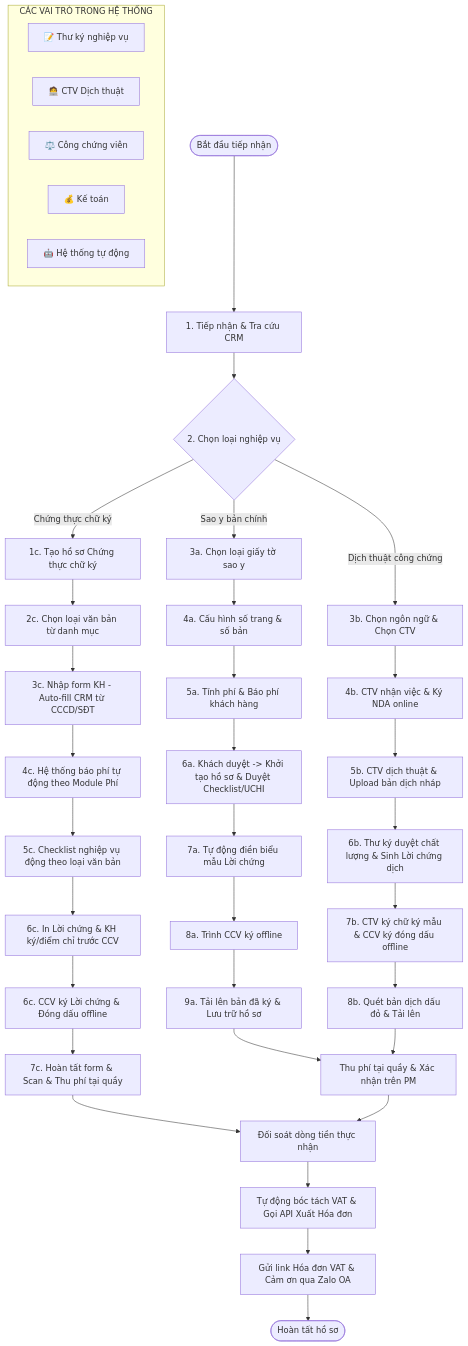
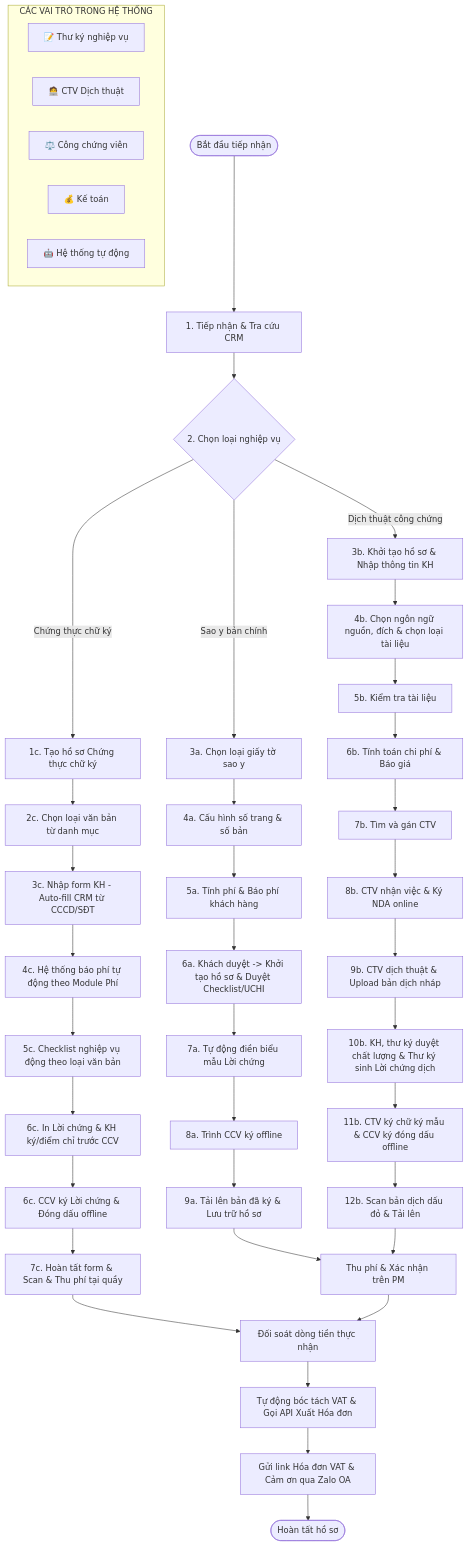
One commit to MinhHoang22/SRS_VPCC changed the eighth of 8 diagrams in docs/SRS_VPCC.md. Above: the diagram before and after it, drawn with Mermaid.

Commit message:
duc-commit

````diff
--- a/docs/SRS_VPCC.md
+++ b/docs/SRS_VPCC.md
@@ -503,52 +503,56 @@
 ```mermaid
 flowchart TD
     subgraph Roles ["CÁC VAI TRÒ TRONG HỆ THỐNG"]
         direction LR
         R_Sec["📝 Thư ký nghiệp vụ"]
         R_CTV["🧑‍💻 CTV Dịch thuật"]
         R_CCV["⚖️ Công chứng viên"]
         R_Acc["💰 Kế toán"]
         R_Sys["🤖 Hệ thống tự động"]
     end
 
     %% General Workflow Sequence
     Start([Bắt đầu tiếp nhận]) --> Input[1. Tiếp nhận & Tra cứu CRM]
     Input --> ChooseBranch{2. Chọn loại nghiệp vụ}
 
     %% Branch 1: Sao y
     ChooseBranch -- Sao y bản chính --> SY_DocType[3a. Chọn loại giấy tờ sao y]
     SY_DocType --> SY_Config[4a. Cấu hình số trang & số bản]
     SY_Config --> SY_Calc[5a. Tính phí & Báo phí khách hàng]
     SY_Calc --> SY_Init[6a. Khách duyệt -> Khởi tạo hồ sơ & Duyệt Checklist/UCHI]
     SY_Init --> SY_Template[7a. Tự động điền biểu mẫu Lời chứng]
     SY_Template --> CCV_Sign_SY[8a. Trình CCV ký offline]
     CCV_Sign_SY --> SY_Scan[9a. Tải lên bản đã ký & Lưu trữ hồ sơ]
 
     %% Branch 2: Dịch thuật
-    ChooseBranch -- Dịch thuật công chứng --> DT_Config[3b. Chọn ngôn ngữ & Chọn CTV]
-    DT_Config --> DT_Assign[4b. CTV nhận việc & Ký NDA online]
-    DT_Assign --> DT_Translate[5b. CTV dịch thuật & Upload bản dịch nháp]
-    DT_Translate --> DT_Check[6b. Thư ký duyệt chất lượng & Sinh Lời chứng dịch]
-    DT_Check --> CTV_Sign_DT[7b. CTV ký chữ ký mẫu & CCV ký đóng dấu offline]
-    CTV_Sign_DT --> DT_Scan[8b. Quét bản dịch dấu đỏ & Tải lên]
+    ChooseBranch -- Dịch thuật công chứng --> DT_Input[3b. Khởi tạo hồ sơ & Nhập thông tin KH]
+    DT_Input --> DT_Config[4b. Chọn ngôn ngữ nguồn, đích & chọn loại tài liệu]
+    DT_Config --> DT_CHECKLIST[5b. Kiểm tra tài liệu]
+    DT_CHECKLIST --> DT_CALCULATE[6b. Tính toán chi phí & Báo giá]
+    DT_CALCULATE --> DT_SEARCH[7b. Tìm và gán CTV]
+    DT_SEARCH -->  DT_Assign[8b. CTV nhận việc & Ký NDA online]
+    DT_Assign --> DT_Translate[9b. CTV dịch thuật & Upload bản dịch nháp]
+    DT_Translate --> DT_Check[10b. KH, thư ký duyệt chất lượng & Thư ký sinh Lời chứng dịch]
+    DT_Check --> CTV_Sign_DT[11b. CTV ký chữ ký mẫu & CCV ký đóng dấu offline]
+    CTV_Sign_DT --> DT_Scan[12b. Scan bản dịch dấu đỏ & Tải lên]
 
     %% Branch 3: Chứng thực chữ ký (7 bước mới)
     ChooseBranch -- Chứng thực chữ ký --> CT_Create[1c. Tạo hồ sơ Chứng thực chữ ký]
     CT_Create --> CT_DocType[2c. Chọn loại văn bản từ danh mục]
     CT_DocType --> CT_CRM[3c. Nhập form KH - Auto-fill CRM từ CCCD/SĐT]
     CT_CRM --> CT_Fee[4c. Hệ thống báo phí tự động theo Module Phí]
     CT_Fee --> CT_Checklist[5c. Checklist nghiệp vụ động theo loại văn bản]
     CT_Checklist --> CT_Print[6c. In Lời chứng & KH ký/điểm chỉ trước CCV]
     CT_Print --> CCV_Sign_CT[6c. CCV ký Lời chứng & Đóng dấu offline]
     CCV_Sign_CT --> CT_Complete[7c. Hoàn tất form & Scan & Thu phí tại quầy]
 
     %% Common End Phase
-    SY_Scan --> CollectFee[Thu phí tại quầy & Xác nhận trên PM]
+    SY_Scan --> CollectFee[Thu phí & Xác nhận trên PM]
     DT_Scan --> CollectFee
     CT_Complete --> AccReconcile
 
     CollectFee --> AccReconcile[Đối soát dòng tiền thực nhận]
     AccReconcile --> SysInvoice[Tự động bóc tách VAT & Gọi API Xuất Hóa đơn]
     SysInvoice --> ZaloSend[Gửi link Hóa đơn VAT & Cảm ơn qua Zalo OA]
     ZaloSend --> EndNode([Hoàn tất hồ sơ])
 ```
````
